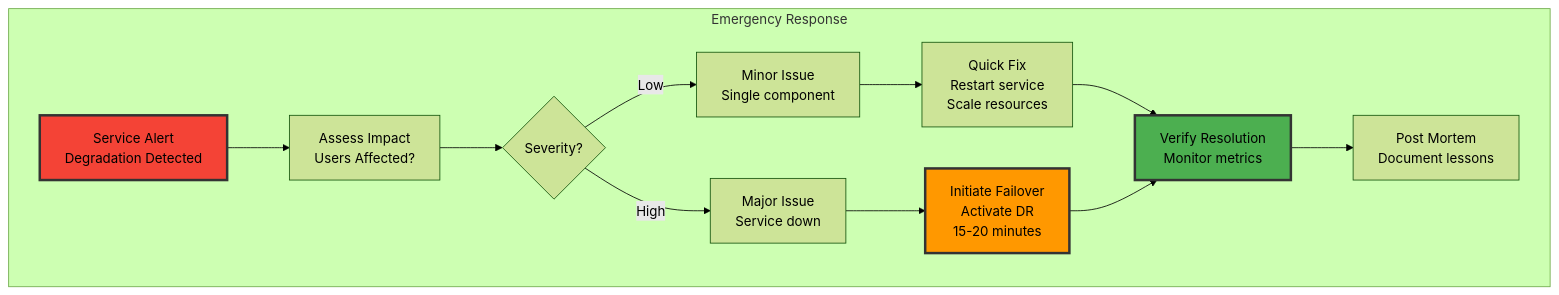
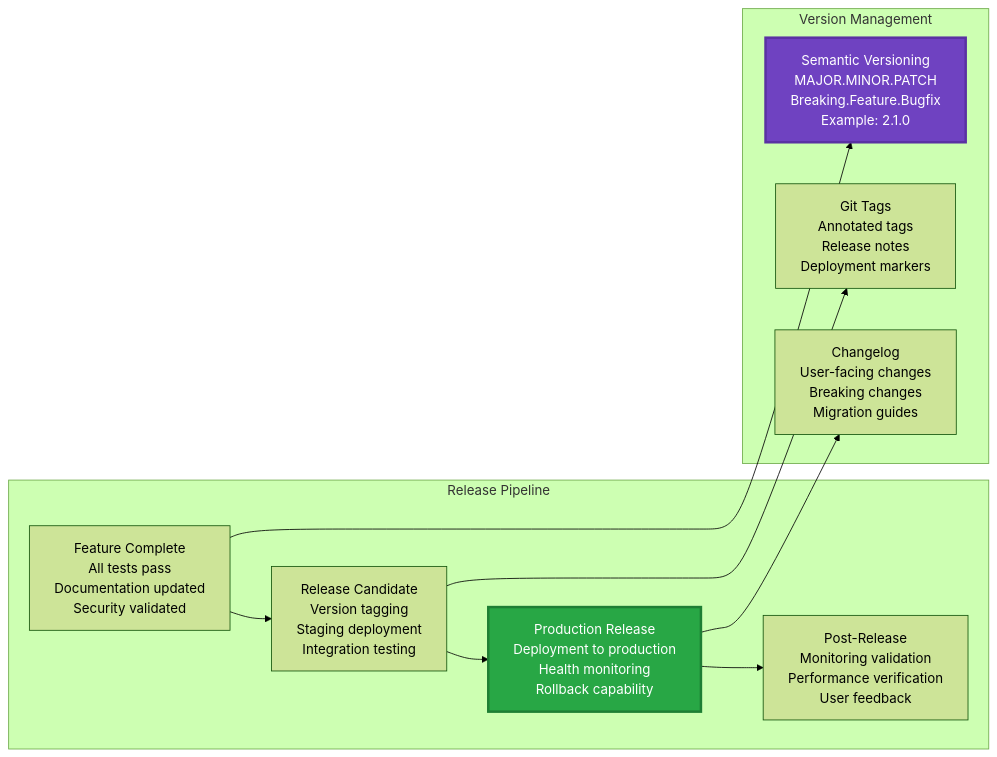
Diagram 20 of 20 in README.md (mangucletus/disaster-recovery-for-containerized-lamp-stack-application), drawn with Mermaid (forest theme) before and after one commit. The commit also changed other lines of this file, not shown here.

````diff
--- a/README.md
+++ b/README.md
@@ -889,31 +1606,26 @@
 ```mermaid
-graph TB
-    subgraph "Emergency Response"
-        Alert[Service Alert<br/>Degradation Detected]
-        Assess[Assess Impact<br/>Users Affected?]
-        Decision{Severity?}
-        
-        Minor[Minor Issue<br/>Single component]
-        Major[Major Issue<br/>Service down]
-        
-        QuickFix[Quick Fix<br/>Restart service<br/>Scale resources]
-        Failover[Initiate Failover<br/>Activate DR<br/>15-20 minutes]
-        
-        Verify[Verify Resolution<br/>Monitor metrics]
-        PostMortem[Post Mortem<br/>Document lessons]
+graph LR
+    subgraph "Release Pipeline"
+        R1[Feature Complete<br/>All tests pass<br/>Documentation updated<br/>Security validated]
+        R2[Release Candidate<br/>Version tagging<br/>Staging deployment<br/>Integration testing]
+        R3[Production Release<br/>Deployment to production<br/>Health monitoring<br/>Rollback capability]
+        R4[Post-Release<br/>Monitoring validation<br/>Performance verification<br/>User feedback]
     end
     
-    Alert --> Assess
-    Assess --> Decision
-    Decision -->|Low| Minor
-    Decision -->|High| Major
-    Minor --> QuickFix
-    Major --> Failover
-    QuickFix --> Verify
-    Failover --> Verify
-    Verify --> PostMortem
+    subgraph "Version Management"
+        V1[Semantic Versioning<br/>MAJOR.MINOR.PATCH<br/>Breaking.Feature.Bugfix<br/>Example: 2.1.0]
+        V2[Git Tags<br/>Annotated tags<br/>Release notes<br/>Deployment markers]
+        V3[Changelog<br/>User-facing changes<br/>Breaking changes<br/>Migration guides]
+    end
     
-    style Alert fill:#F44336,stroke:#333,stroke-width:3px
-    style Failover fill:#FF9800,stroke:#333,stroke-width:3px
-    style Verify fill:#4CAF50,stroke:#333,stroke-width:3px
+    R1 --> R2
+    R2 --> R3
+    R3 --> R4
+    
+    R1 --> V1
+    R2 --> V2
+    R3 --> V3
+    
+    style R3 fill:#28a745,color:#ffffff,stroke:#1e7e34,stroke-width:3px
+    style V1 fill:#6f42c1,color:#ffffff,stroke:#5a32a3,stroke-width:3px
 ```
````
